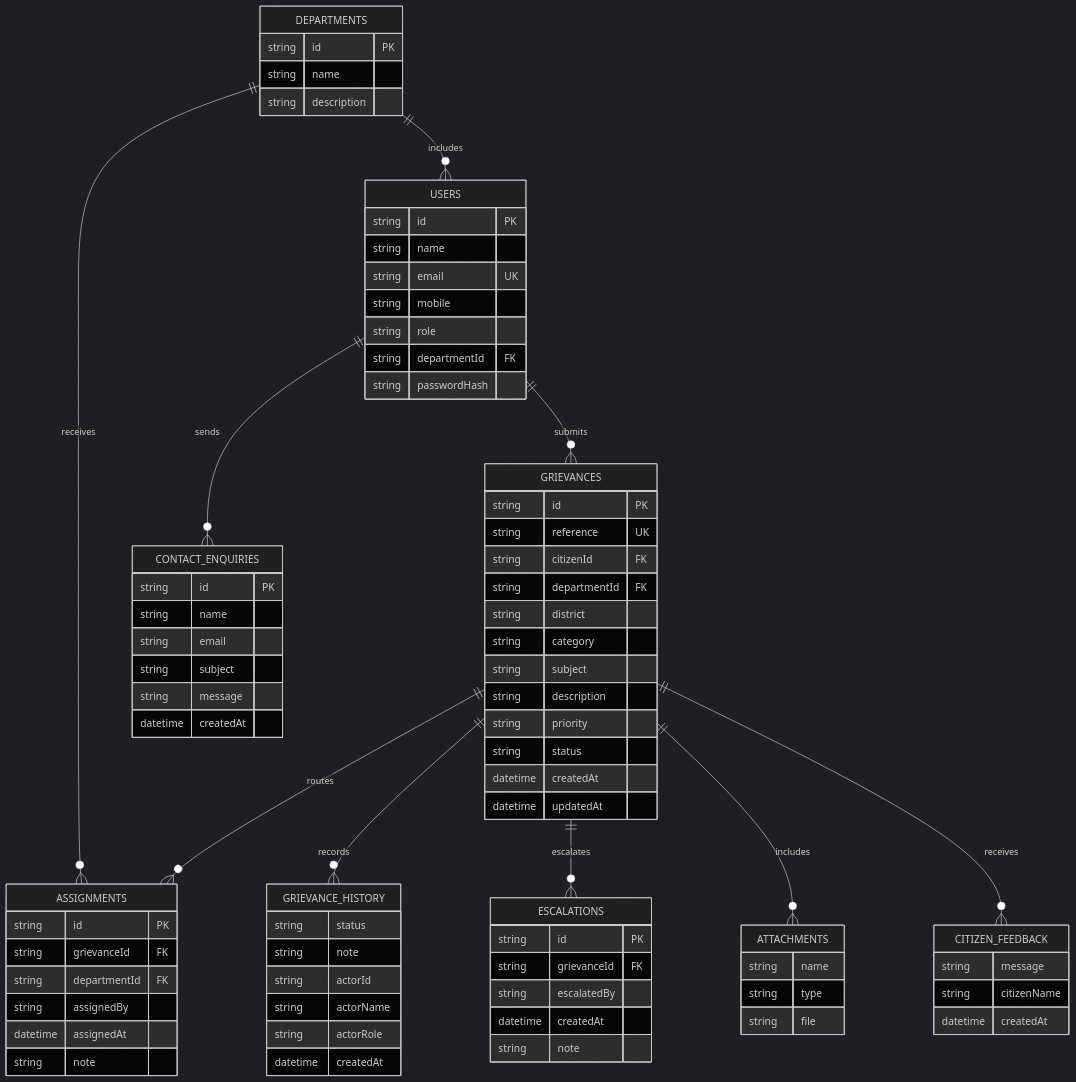
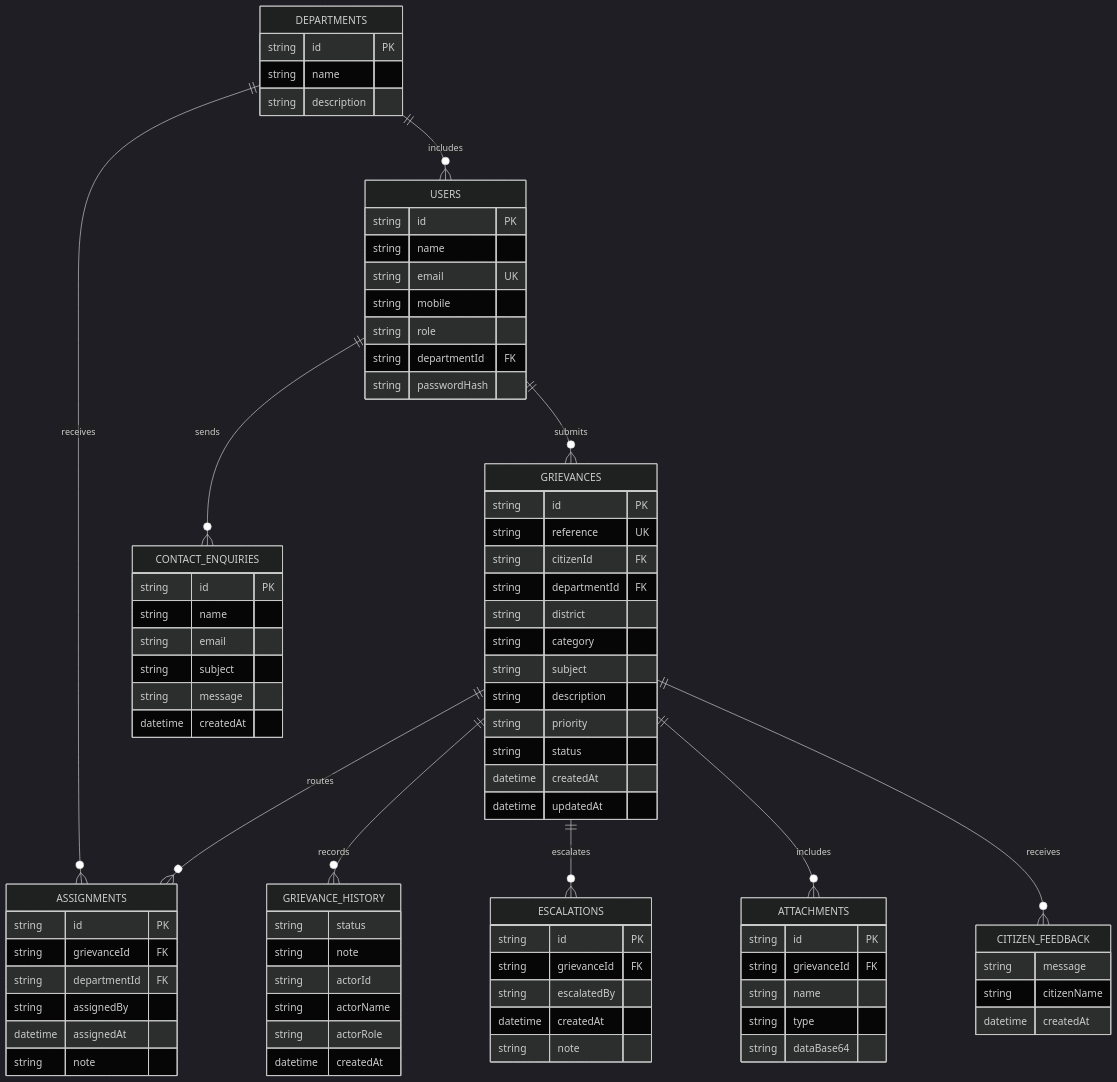
Before and after one commit to parthiv46/CM-public-grievance-portal: the diagram in DOCUMENTATION/03_Database_Design.md, drawn with Mermaid (dark theme). The commit also changed other lines of this file and 11 other files, not shown here.

````diff
--- a/DOCUMENTATION/03_Database_Design.md
+++ b/DOCUMENTATION/03_Database_Design.md
@@ -5,21 +5,21 @@
 ```mermaid
 erDiagram
   USERS ||--o{ GRIEVANCES : submits
   DEPARTMENTS ||--o{ USERS : includes
   DEPARTMENTS ||--o{ ASSIGNMENTS : receives
   GRIEVANCES ||--o{ ASSIGNMENTS : routes
   GRIEVANCES ||--o{ GRIEVANCE_HISTORY : records
   GRIEVANCES ||--o{ ESCALATIONS : escalates
   GRIEVANCES ||--o{ ATTACHMENTS : includes
   GRIEVANCES ||--o{ CITIZEN_FEEDBACK : receives
   USERS ||--o{ CONTACT_ENQUIRIES : sends
   USERS { string id PK string name string email UK string mobile string role string departmentId FK string passwordHash }
   DEPARTMENTS { string id PK string name string description }
   GRIEVANCES { string id PK string reference UK string citizenId FK string departmentId FK string district string category string subject string description string priority string status datetime createdAt datetime updatedAt }
   GRIEVANCE_HISTORY { string status string note string actorId string actorName string actorRole datetime createdAt }
   ASSIGNMENTS { string id PK string grievanceId FK string departmentId FK string assignedBy datetime assignedAt string note }
   ESCALATIONS { string id PK string grievanceId FK string escalatedBy datetime createdAt string note }
-  ATTACHMENTS { string name string type string file }
+  ATTACHMENTS { string id PK string grievanceId FK string name string type string dataBase64 }
   CITIZEN_FEEDBACK { string message string citizenName datetime createdAt }
   CONTACT_ENQUIRIES { string id PK string name string email string subject string message datetime createdAt }
 ```
````
